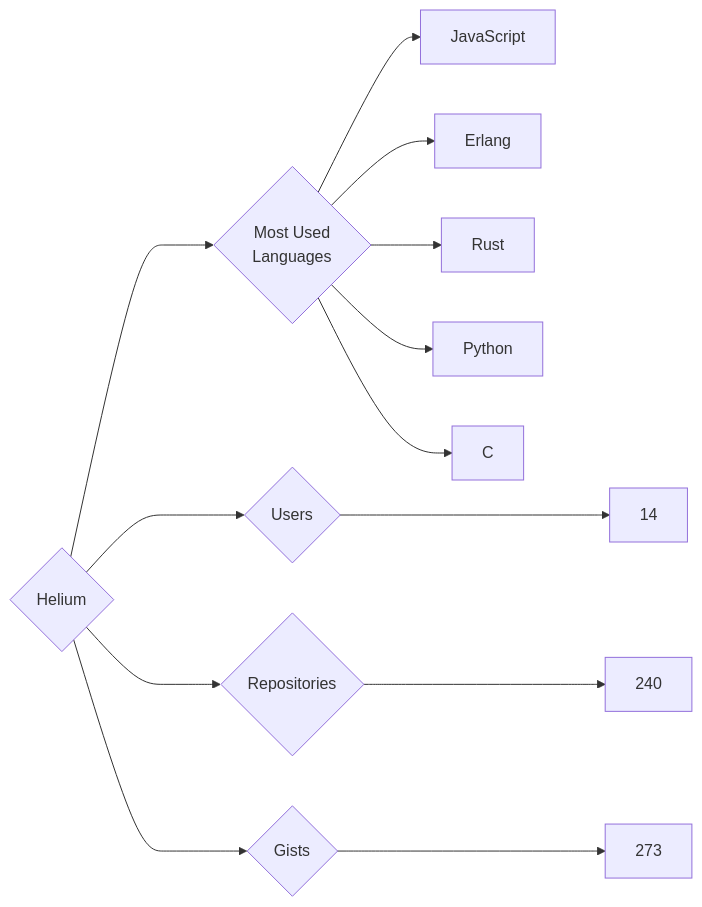
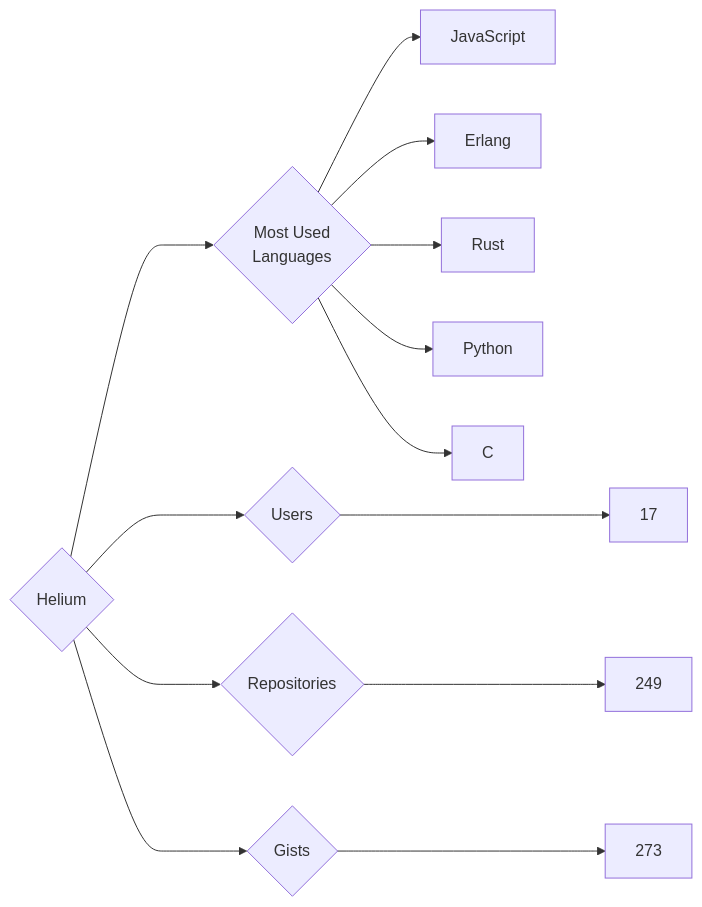
One commit to trickest/insiders changed the diagram in targets/Helium/README.md. Above: the diagram before and after it, drawn with Mermaid. The commit also changed 998 other files, not shown here.

````diff
--- a/targets/Helium/README.md
+++ b/targets/Helium/README.md
@@ -3,13 +3,13 @@
 ```mermaid
 graph LR
 COMPANY_NAME{Helium}
-COMPANY_NAME ---> U{Users} ---> UN[14]
-COMPANY_NAME ---> R{Repositories} ---> RN[240]
+COMPANY_NAME ---> U{Users} ---> UN[17]
+COMPANY_NAME ---> R{Repositories} ---> RN[249]
 COMPANY_NAME ---> G{Gists} ---> GN[273]
 COMPANY_NAME ---> ML{Most Used<br>Languages}
 ML --> JavaScript[JavaScript]
 ML --> Erlang[Erlang]
 ML --> Rust[Rust]
 ML --> Python[Python]
 ML --> C[C]
 ```
````
